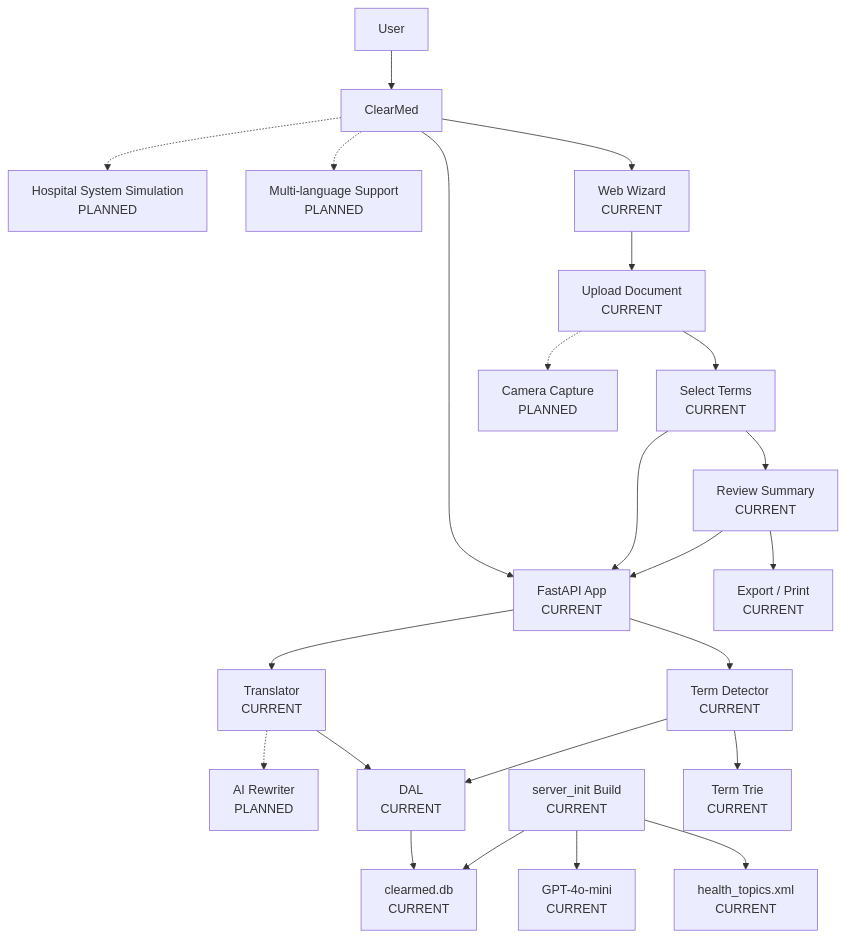
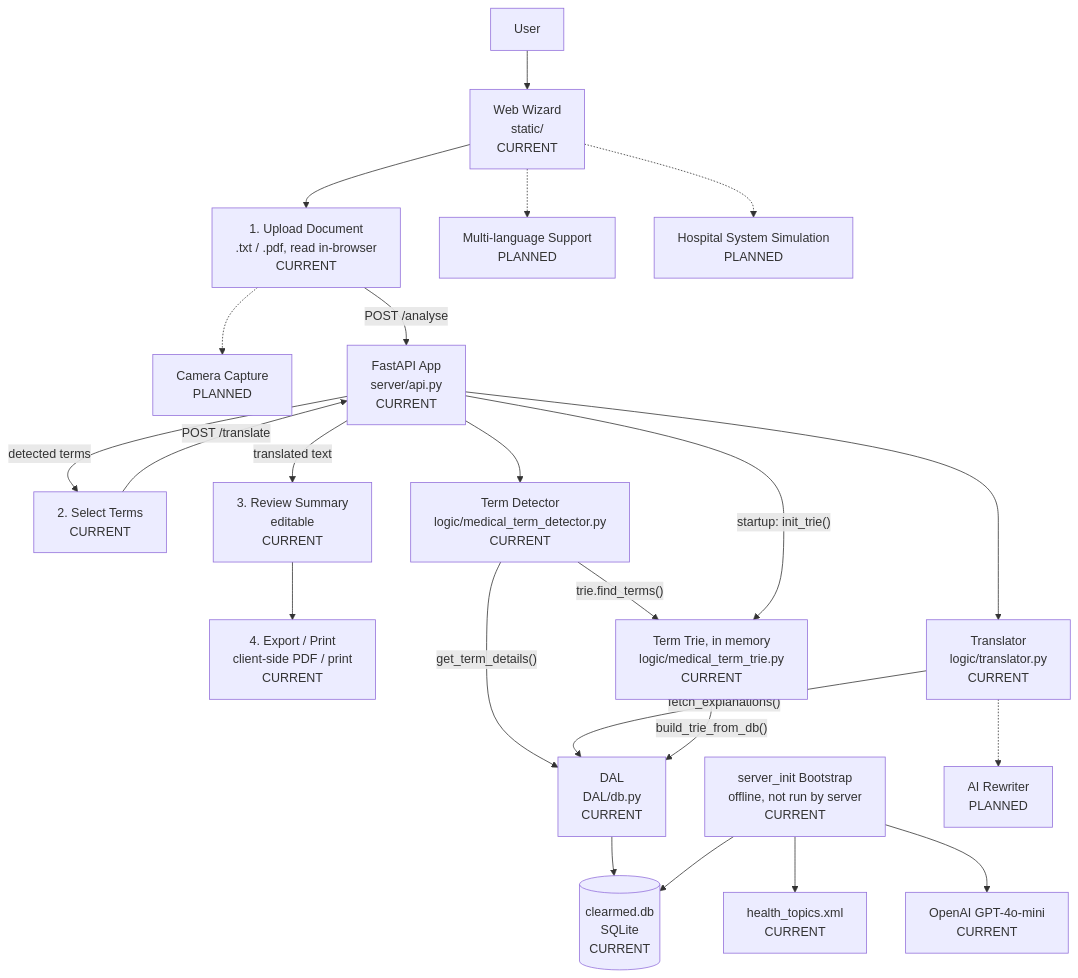
One commit to TalGershanov/ClearMed changed the diagram in README.md. Above: the diagram before and after it, drawn with Mermaid.

Commit message:
Fix architecture diagram to match actual code paths
The previous diagram had the trie built per-request under the term
detector and didn't reflect that /analyse and /translate are tied to
specific wizard steps. Corrected to show: upload is a client-side file
read (no server call), the trie is built once at FastAPI startup from
the DB, and both the detector and translator go through the DAL.

````diff
--- a/README.md
+++ b/README.md
@@ -34,61 +34,55 @@
 ```mermaid
 flowchart TD
     User["User"]
+    Wizard["Web Wizard<br/>static/<br/>CURRENT"]
 
-    ClearMed["ClearMed"]
+    Upload["1. Upload Document<br/>.txt / .pdf, read in-browser<br/>CURRENT"]
+    Select["2. Select Terms<br/>CURRENT"]
+    Summary["3. Review Summary<br/>editable<br/>CURRENT"]
+    Export["4. Export / Print<br/>client-side PDF / print<br/>CURRENT"]
+    Camera["Camera Capture<br/>PLANNED"]
 
-    WebWizard["Web Wizard<br/>CURRENT"]
+    API["FastAPI App<br/>server/api.py<br/>CURRENT"]
+    Detector["Term Detector<br/>logic/medical_term_detector.py<br/>CURRENT"]
+    Trie["Term Trie, in memory<br/>logic/medical_term_trie.py<br/>CURRENT"]
+    Translator["Translator<br/>logic/translator.py<br/>CURRENT"]
+    DAL["DAL<br/>DAL/db.py<br/>CURRENT"]
+    DB[("clearmed.db<br/>SQLite<br/>CURRENT")]
 
-    Upload["Upload Document<br/>CURRENT"]
-    SelectTerms["Select Terms<br/>CURRENT"]
-    ReviewSummary["Review Summary<br/>CURRENT"]
-    Export["Export / Print<br/>CURRENT"]
-
-    CameraCapture["Camera Capture<br/>PLANNED"]
-
-    FastAPI["FastAPI App<br/>CURRENT"]
-    TermDetector["Term Detector<br/>CURRENT"]
-    TermTrie["Term Trie<br/>CURRENT"]
-    Translator["Translator<br/>CURRENT"]
-    DAL["DAL<br/>CURRENT"]
-    DB["clearmed.db<br/>CURRENT"]
-
-    OfflineBuild["server_init Build<br/>CURRENT"]
+    Bootstrap["server_init Bootstrap<br/>offline, not run by server<br/>CURRENT"]
     XML["health_topics.xml<br/>CURRENT"]
-    GPT["GPT-4o-mini<br/>CURRENT"]
+    GPT["OpenAI GPT-4o-mini<br/>CURRENT"]
 
     AIRewriter["AI Rewriter<br/>PLANNED"]
     MultiLang["Multi-language Support<br/>PLANNED"]
     HospitalSim["Hospital System Simulation<br/>PLANNED"]
 
-    User --> ClearMed
+    User --> Wizard
+    Wizard --> Upload
+    Upload -.-> Camera
 
-    ClearMed --> WebWizard
-    ClearMed --> FastAPI
+    Upload -- "POST /analyse" --> API
+    API -- "detected terms" --> Select
+    Select -- "POST /translate" --> API
+    API -- "translated text" --> Summary
+    Summary --> Export
 
-    WebWizard --> Upload
-    Upload --> SelectTerms
-    SelectTerms --> ReviewSummary
-    ReviewSummary --> Export
+    API --> Detector
+    API --> Translator
 
-    Upload -.-> CameraCapture
-
-    SelectTerms --> FastAPI
-    ReviewSummary --> FastAPI
-
-    FastAPI --> TermDetector
-    TermDetector --> TermTrie
-    FastAPI --> Translator
-
-    TermDetector --> DAL
-    Translator --> DAL
+    Detector -- "trie.find_terms()" --> Trie
+    Detector -- "get_term_details()" --> DAL
+    Translator -- "fetch_explanations()" --> DAL
     DAL --> DB
 
-    OfflineBuild --> XML
-    OfflineBuild --> GPT
-    OfflineBuild --> DB
+    API -- "startup: init_trie()" --> Trie
+    Trie -- "build_trie_from_db()" --> DAL
+
+    Bootstrap --> XML
+    Bootstrap --> GPT
+    Bootstrap --> DB
 
     Translator -.-> AIRewriter
-    ClearMed -.-> MultiLang
-    ClearMed -.-> HospitalSim
+    Wizard -.-> MultiLang
+    Wizard -.-> HospitalSim
 ```
````
